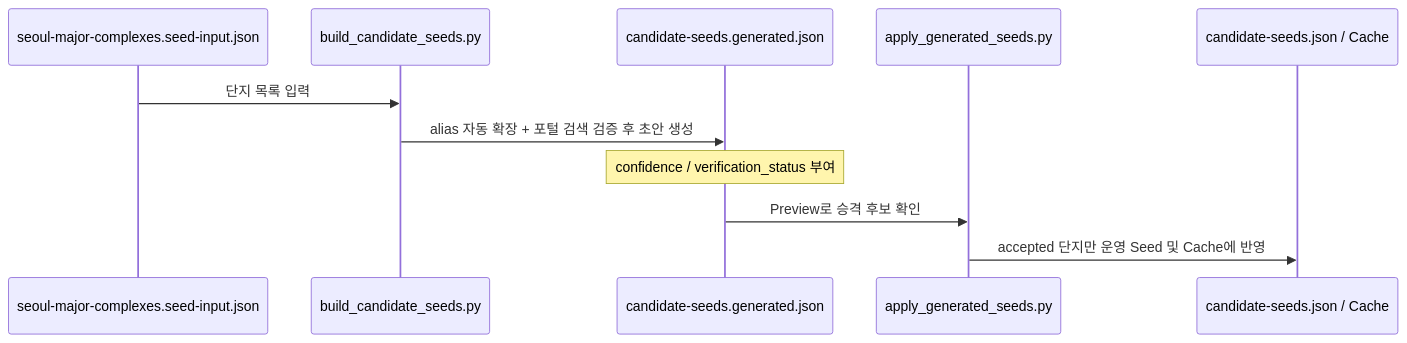
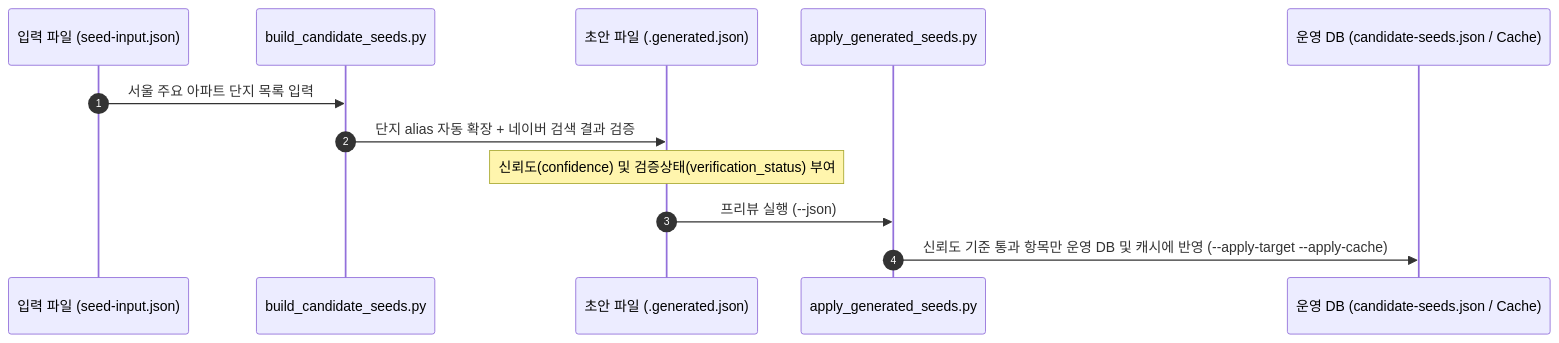
Before and after one commit to twbeatles/openclaw-naver-real-estate-search: the second of 2 diagrams in README.md, drawn with Mermaid. The commit also changed other lines of this file, not shown here.

Commit message:
docs: overhaul README with user-friendly guides, SEO keywords, and naver_collect architecture

````diff
--- a/README.md
+++ b/README.md
@@ -304,14 +305,15 @@
 ```mermaid
 sequenceDiagram
-    participant Input as seoul-major-complexes.seed-input.json
-    participant Builder as build_candidate_seeds.py
-    participant Generated as candidate-seeds.generated.json
-    participant Applier as apply_generated_seeds.py
-    participant Prod as candidate-seeds.json / Cache
+    autonumber
+    participant In as 입력 파일 (seed-input.json)
+    participant Bld as build_candidate_seeds.py
+    participant Gen as 초안 파일 (.generated.json)
+    participant App as apply_generated_seeds.py
+    participant Prod as 운영 DB (candidate-seeds.json / Cache)
 
-    Input->>Builder: 단지 목록 입력
-    Builder->>Generated: alias 자동 확장 + 포털 검색 검증 후 초안 생성
-    Note over Generated: confidence / verification_status 부여
-    Generated->>Applier: Preview로 승격 후보 확인
-    Applier->>Prod: accepted 단지만 운영 Seed 및 Cache에 반영
+    In->>Bld: 서울 주요 아파트 단지 목록 입력
+    Bld->>Gen: 단지 alias 자동 확장 + 네이버 검색 결과 검증
+    Note over Gen: 신뢰도(confidence) 및 검증상태(verification_status) 부여
+    Gen->>App: 프리뷰 실행 (--json)
+    App->>Prod: 신뢰도 기준 통과 항목만 운영 DB 및 캐시에 반영 (--apply-target --apply-cache)
 ```
````
